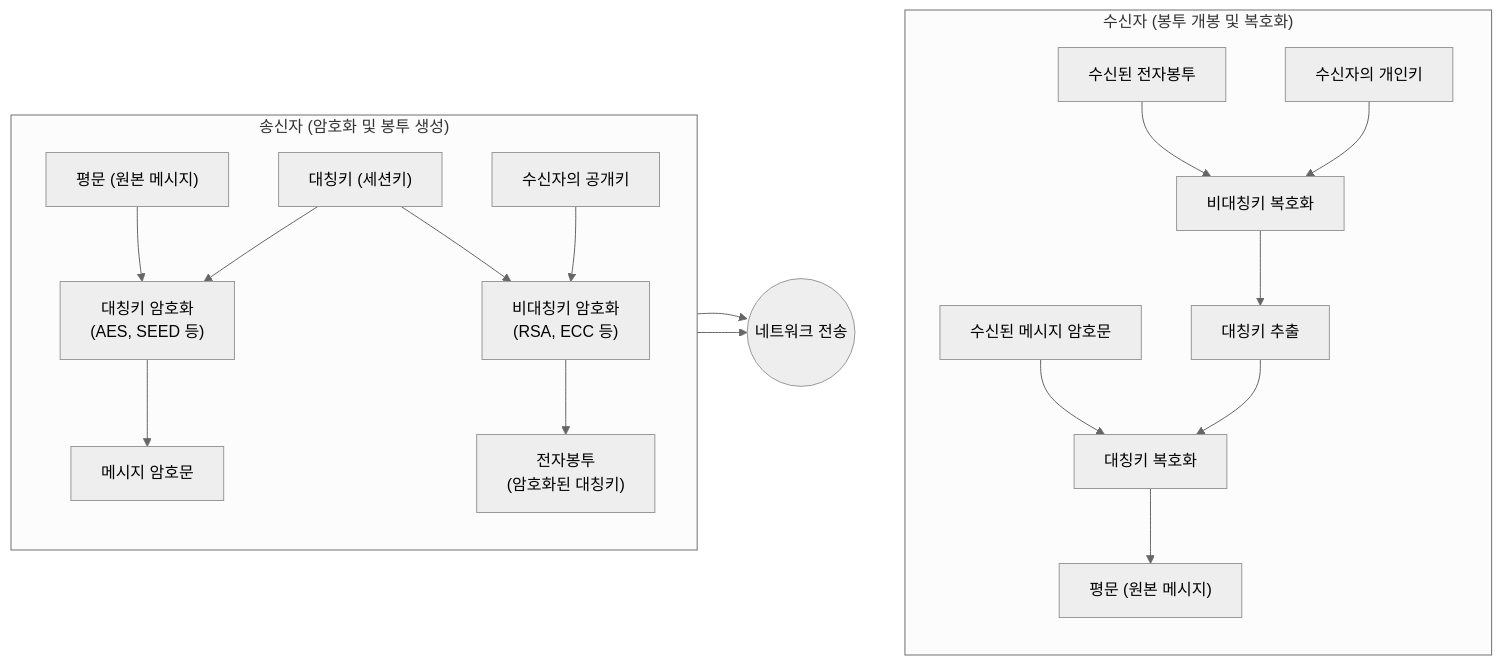
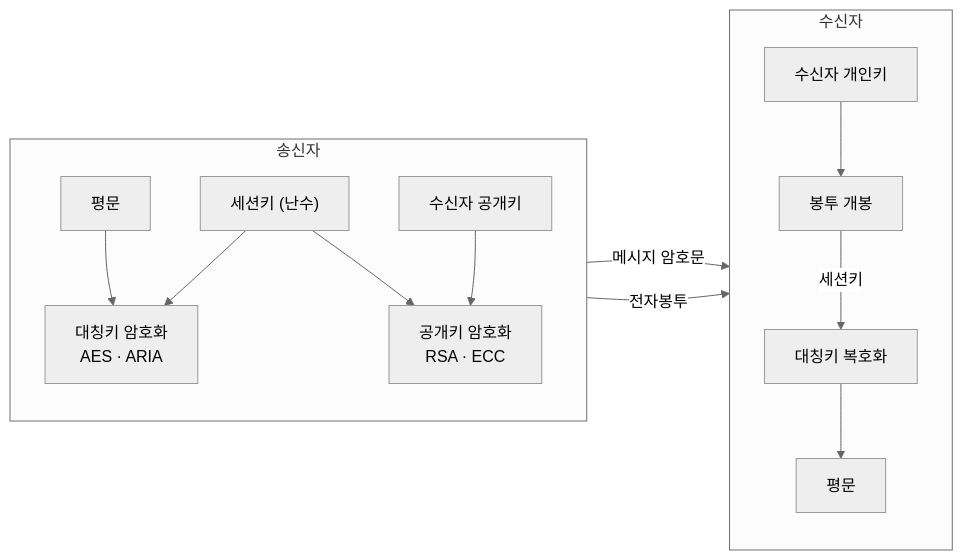
The diagram in content/01_IT Tech/전자봉투.md (supremethumb/supremethumb.github.io), drawn with Mermaid (neutral theme) before and after one commit. The commit also changed other lines of this file and 1087 other files, not shown here.

````diff
--- a/content/01_IT Tech/전자봉투.md
+++ b/content/01_IT Tech/전자봉투.md
@@ -23,40 +34,18 @@
 ```mermaid
 flowchart LR
-    subgraph Sender["송신자 (암호화 및 봉투 생성)"]
+    subgraph S["송신자"]
         direction TB
-        Plain["평문 (원본 메시지)"]
-        SymKey["대칭키 (세션키)"]
-        PubRec["수신자의 공개키"]
-        
-        Plain --> EncMsg["대칭키 암호화<br/>(AES, SEED 등)"]
-        SymKey --> EncMsg
-        EncMsg --> CipherText["메시지 암호문"]
-        
-        SymKey --> EncEnv["비대칭키 암호화<br/>(RSA, ECC 등)"]
-        PubRec --> EncEnv
-        EncEnv --> Envelope["전자봉투<br/>(암호화된 대칭키)"]
+        M["평문"] --> E1["대칭키 암호화<br/>AES · ARIA"]
+        K["세션키 (난수)"] --> E1
+        K --> E2["공개키 암호화<br/>RSA · ECC"]
+        PU["수신자 공개키"] --> E2
     end
-
-    CipherText --> Network
-    Envelope --> Network
-
-    subgraph Receiver["수신자 (봉투 개봉 및 복호화)"]
+    E1 -->|"메시지 암호문"| D2
+    E2 -->|"전자봉투"| D1
+    subgraph R["수신자"]
         direction TB
-        NetMsg["수신된 메시지 암호문"]
-        NetEnv["수신된 전자봉투"]
-        PrivRec["수신자의 개인키"]
-        
-        NetEnv --> DecEnv["비대칭키 복호화"]
-        PrivRec --> DecEnv
-        DecEnv --> DecSymKey["대칭키 추출"]
-        
-        NetMsg --> DecMsg["대칭키 복호화"]
-        DecSymKey --> DecMsg
-        DecMsg --> FinalPlain["평문 (원본 메시지)"]
+        PR["수신자 개인키"] --> D1["봉투 개봉"]
+        D1 -->|"세션키"| D2["대칭키 복호화"]
+        D2 --> P["평문"]
     end
-    
-    Network(("네트워크 전송"))
-    Sender ~~~ Network
-    Network ~~~ Receiver
-
 ```
````
